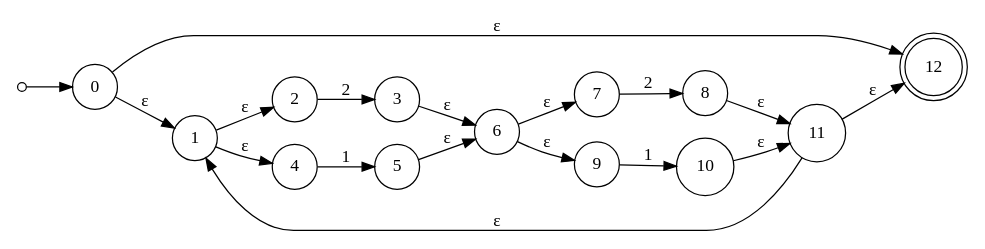
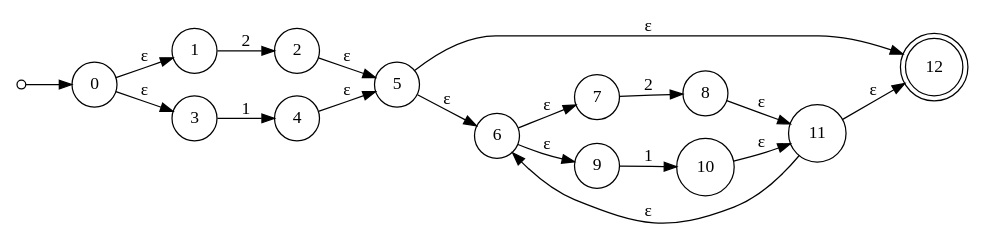
The diagram in nfa2.gv (EstebanAG1005/LaboratorioC-Lenguajes), drawn with Graphviz before and after one commit. The commit also changed 7 other files, not shown here.

```diff
--- a/nfa2.gv
+++ b/nfa2.gv
@@ -1,24 +1,24 @@
 digraph {
 	rankdir=LR size="8,5"
 	node [shape=doublecircle]
 	12
 	node [shape=circle]
 	start [label="" height=0.1 width=0.1]
 	start -> 0 [label=""]
 	0 -> 1 [label="ε"]
-	0 -> 12 [label="ε"]
-	1 -> 2 [label="ε"]
-	1 -> 4 [label="ε"]
-	2 -> 3 [label=2]
-	4 -> 5 [label=1]
-	3 -> 6 [label="ε"]
+	0 -> 3 [label="ε"]
+	1 -> 2 [label=2]
+	3 -> 4 [label=1]
+	2 -> 5 [label="ε"]
+	4 -> 5 [label="ε"]
 	5 -> 6 [label="ε"]
+	5 -> 12 [label="ε"]
 	6 -> 7 [label="ε"]
 	6 -> 9 [label="ε"]
 	7 -> 8 [label=2]
 	9 -> 10 [label=1]
 	8 -> 11 [label="ε"]
 	10 -> 11 [label="ε"]
-	11 -> 1 [label="ε"]
+	11 -> 6 [label="ε"]
 	11 -> 12 [label="ε"]
 }
```
